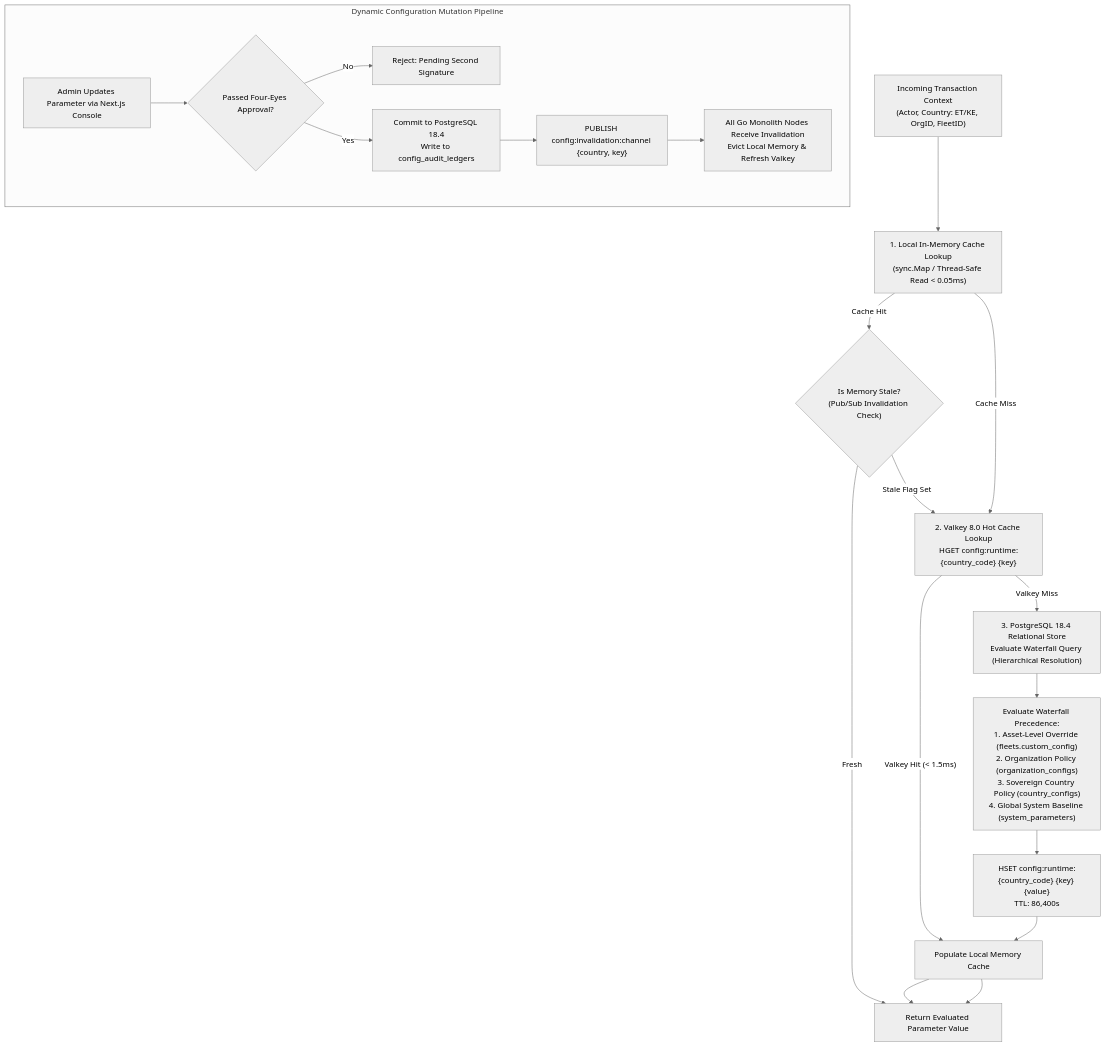
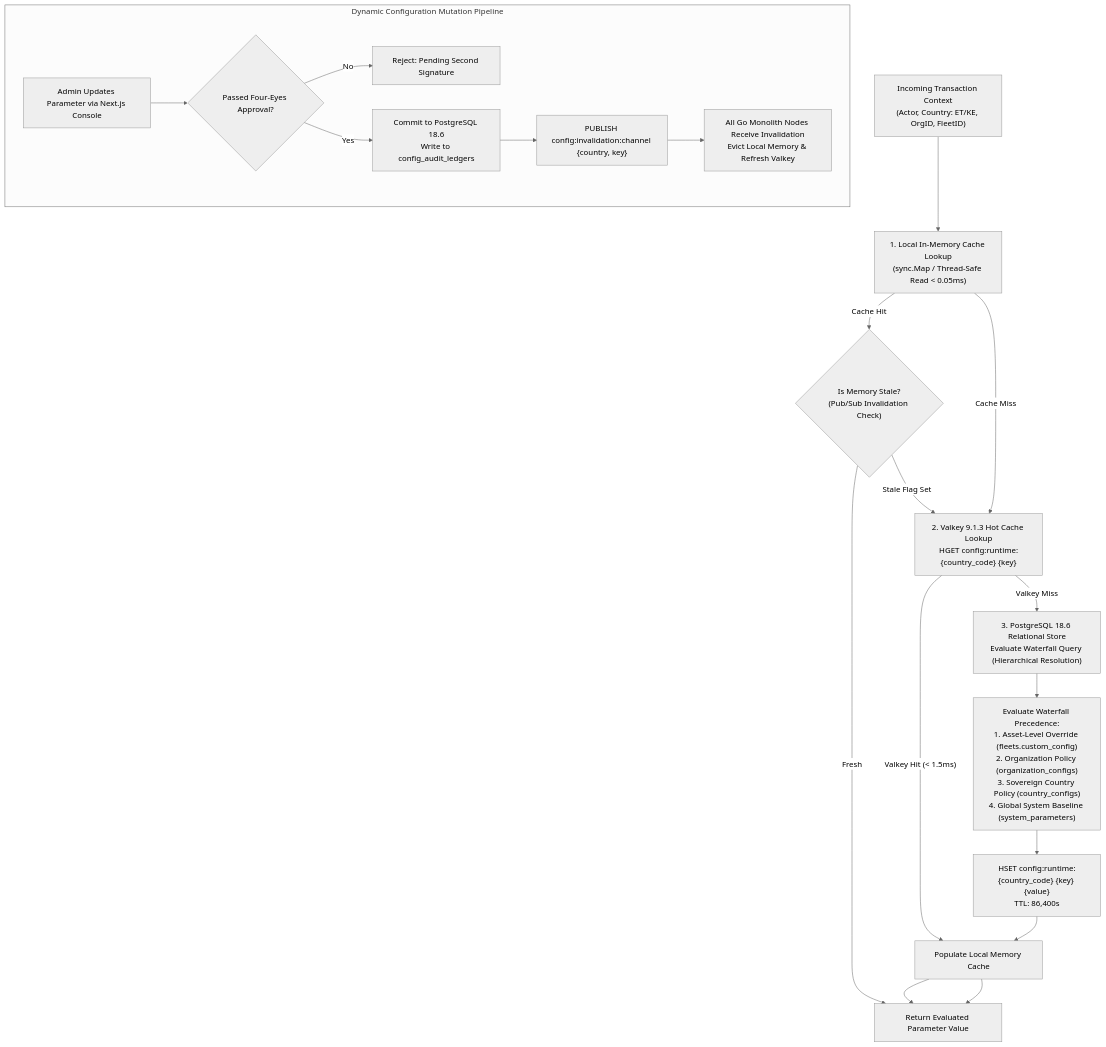
One commit to YDink/Heavy-Machinery-Logistics-Rental changed the first of 4 diagrams in docs/shared/requirements/11-dynamic-config.md. Above: the diagram before and after it, drawn with Mermaid (neutral theme). The commit also changed other lines of this file and 212 other files, not shown here.

````diff
--- a/docs/shared/requirements/11-dynamic-config.md
+++ b/docs/shared/requirements/11-dynamic-config.md
@@ -80,29 +80,29 @@
 ```mermaid
 flowchart TD
     Req["Incoming Transaction Context<br/>(Actor, Country: ET/KE, OrgID, FleetID)"] --> L1["1. Local In-Memory Cache Lookup<br/>(sync.Map / Thread-Safe Read < 0.05ms)"]
 
     L1 -->|"Cache Hit"| ValidateTTL{"Is Memory Stale?<br/>(Pub/Sub Invalidation Check)"}
-    L1 -->|"Cache Miss"| L2["2. Valkey 8.0 Hot Cache Lookup<br/>HGET config:runtime:{country_code} {key}"]
+    L1 -->|"Cache Miss"| L2["2. Valkey 9.1.3 Hot Cache Lookup<br/>HGET config:runtime:{country_code} {key}"]
 
     ValidateTTL -->|"Fresh"| ReturnParam["Return Evaluated Parameter Value"]
     ValidateTTL -->|"Stale Flag Set"| L2
 
     L2 -->|"Valkey Hit (< 1.5ms)"| PopulateLocal["Populate Local Memory Cache"]
-    L2 -->|"Valkey Miss"| L3["3. PostgreSQL 18.4 Relational Store<br/>Evaluate Waterfall Query (Hierarchical Resolution)"]
+    L2 -->|"Valkey Miss"| L3["3. PostgreSQL 18.6 Relational Store<br/>Evaluate Waterfall Query (Hierarchical Resolution)"]
 
     PopulateLocal --> ReturnParam
 
     L3 --> WaterfallEval["Evaluate Waterfall Precedence:<br/>1. Asset-Level Override (fleets.custom_config)<br/>2. Organization Policy (organization_configs)<br/>3. Sovereign Country Policy (country_configs)<br/>4. Global System Baseline (system_parameters)"]
 
     WaterfallEval --> WriteValkey["HSET config:runtime:{country_code} {key} {value}<br/>TTL: 86,400s"]
     WriteValkey --> PopulateLocal
     PopulateLocal --> ReturnParam
 
     subgraph MutationBroadcast["Dynamic Configuration Mutation Pipeline"]
         AdminMutate["Admin Updates Parameter via Next.js Console"] --> FourEyesCheck{"Passed Four-Eyes Approval?"}
         FourEyesCheck -->|"No"| BlockMutation["Reject: Pending Second Signature"]
-        FourEyesCheck -->|"Yes"| CommitPG["Commit to PostgreSQL 18.4<br/>Write to config_audit_ledgers"]
+        FourEyesCheck -->|"Yes"| CommitPG["Commit to PostgreSQL 18.6<br/>Write to config_audit_ledgers"]
         CommitPG --> PublishPubSub["PUBLISH config:invalidation:channel {country, key}"]
         PublishPubSub --> SyncDaemon["All Go Monolith Nodes Receive Invalidation<br/>Evict Local Memory & Refresh Valkey"]
     end
 ```
````
